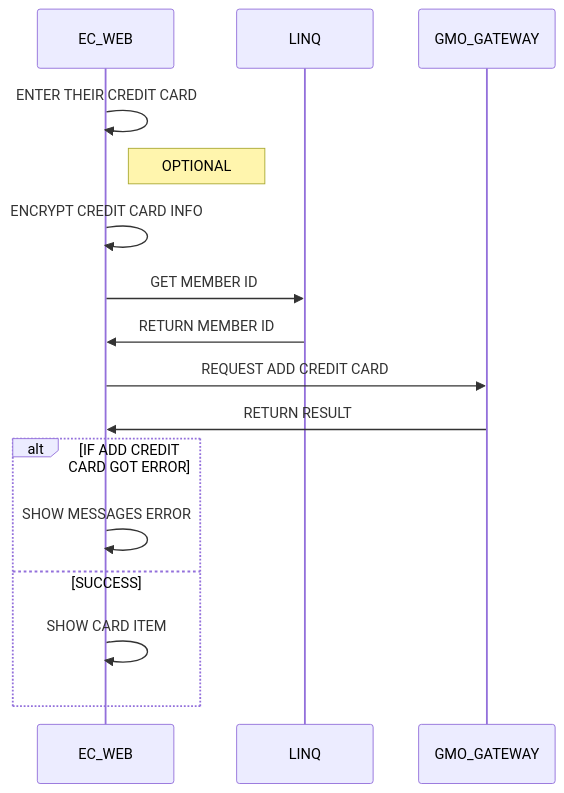
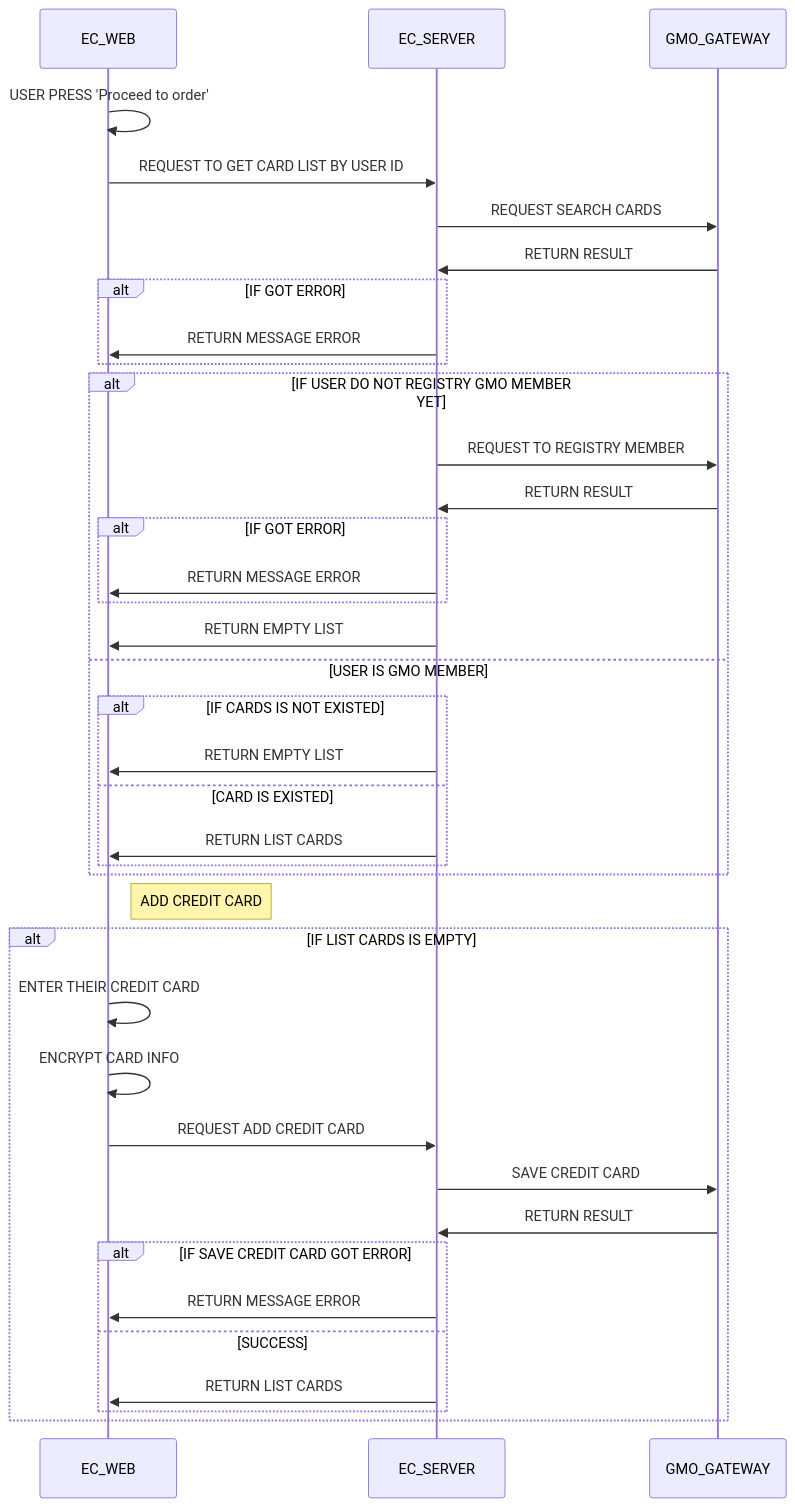
One commit to vutran260/Ecommerce-API changed the third of 3 diagrams in README.md. Above: the diagram before and after it, drawn with Mermaid. The commit also changed other lines of this file, not shown here.

Commit message:
update credit card flow

````diff
--- a/README.md
+++ b/README.md
@@ -681,22 +681,44 @@
 ```mermaid
 sequenceDiagram
     participant W AS EC_WEB
-    participant SV AS LINQ
+    participant SV AS EC_SERVER
     participant GG AS GMO_GATEWAY
 
-    W->>W: ENTER THEIR CREDIT CARD
-    NOTE RIGHT OF W: OPTIONAL
-    W->>W: ENCRYPT CREDIT CARD INFO
-    
-    W->>SV: GET MEMBER ID 
-    SV->> W: RETURN MEMBER ID
+    W->>W: USER PRESS 'Proceed to order'
+    W->>SV: REQUEST TO GET CARD LIST BY USER ID
+    SV->>GG: REQUEST SEARCH CARDS
+    GG->> SV: RETURN RESULT
 
-    W->>GG: REQUEST ADD CREDIT CARD
-    GG->>W: RETURN RESULT
-    ALT IF ADD CREDIT CARD GOT ERROR
-        W->>W: SHOW MESSAGES ERROR
-    ELSE SUCCESS
-        W->>W: SHOW CARD ITEM    
+    ALT IF GOT ERROR
+        SV->>W: RETURN MESSAGE ERROR
     END
 
+    ALT IF USER DO NOT REGISTRY GMO MEMBER YET
+       SV->>GG: REQUEST TO REGISTRY MEMBER
+       GG->>SV: RETURN RESULT
+        ALT IF GOT ERROR
+        SV->>W: RETURN MESSAGE ERROR
+        END
+       SV->>W: RETURN EMPTY LIST
+    ELSE USER IS GMO MEMBER
+       ALT  IF CARDS IS NOT EXISTED
+       SV->>W: RETURN EMPTY LIST
+       ELSE CARD IS EXISTED
+       SV->>W: RETURN LIST CARDS
+       END
+    END
+
+    NOTE RIGHT OF W : ADD CREDIT CARD
+    ALT IF LIST CARDS IS EMPTY
+        W->>W: ENTER THEIR CREDIT CARD
+        W->>W: ENCRYPT CARD INFO
+        W->>SV: REQUEST ADD CREDIT CARD
+        SV->>GG: SAVE CREDIT CARD
+        GG->>SV: RETURN RESULT
+        ALT IF SAVE CREDIT CARD GOT ERROR
+            SV->>W: RETURN MESSAGE ERROR
+        ELSE SUCCESS
+            SV->>W: RETURN LIST CARDS
+        END
+    END
 ```
````
